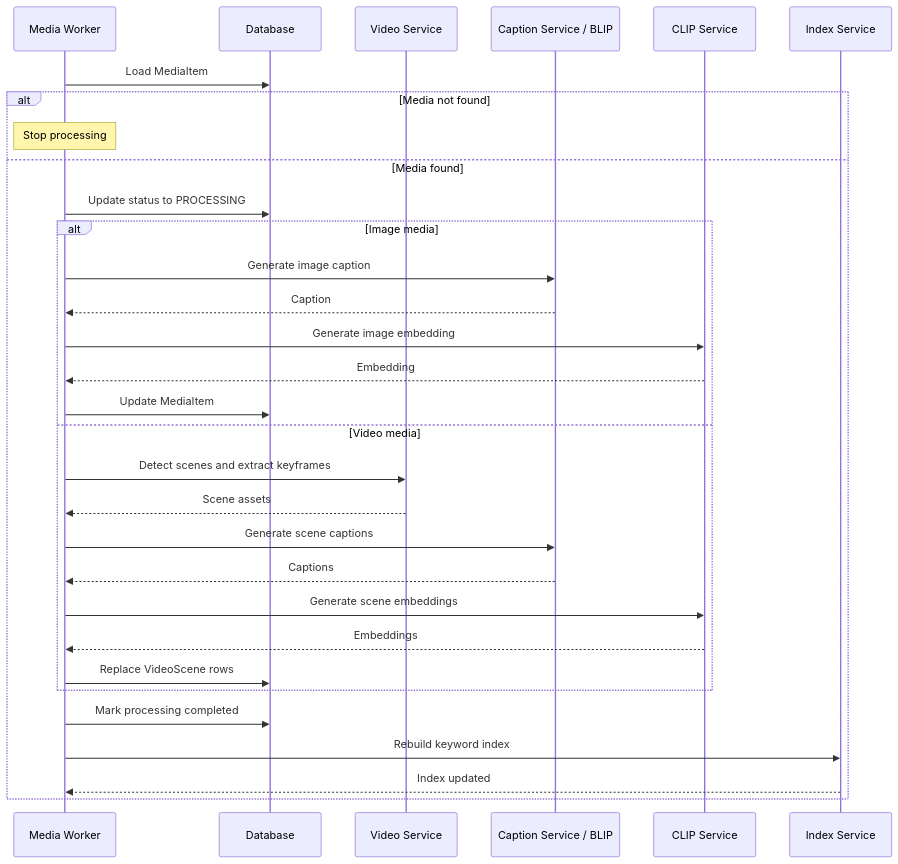
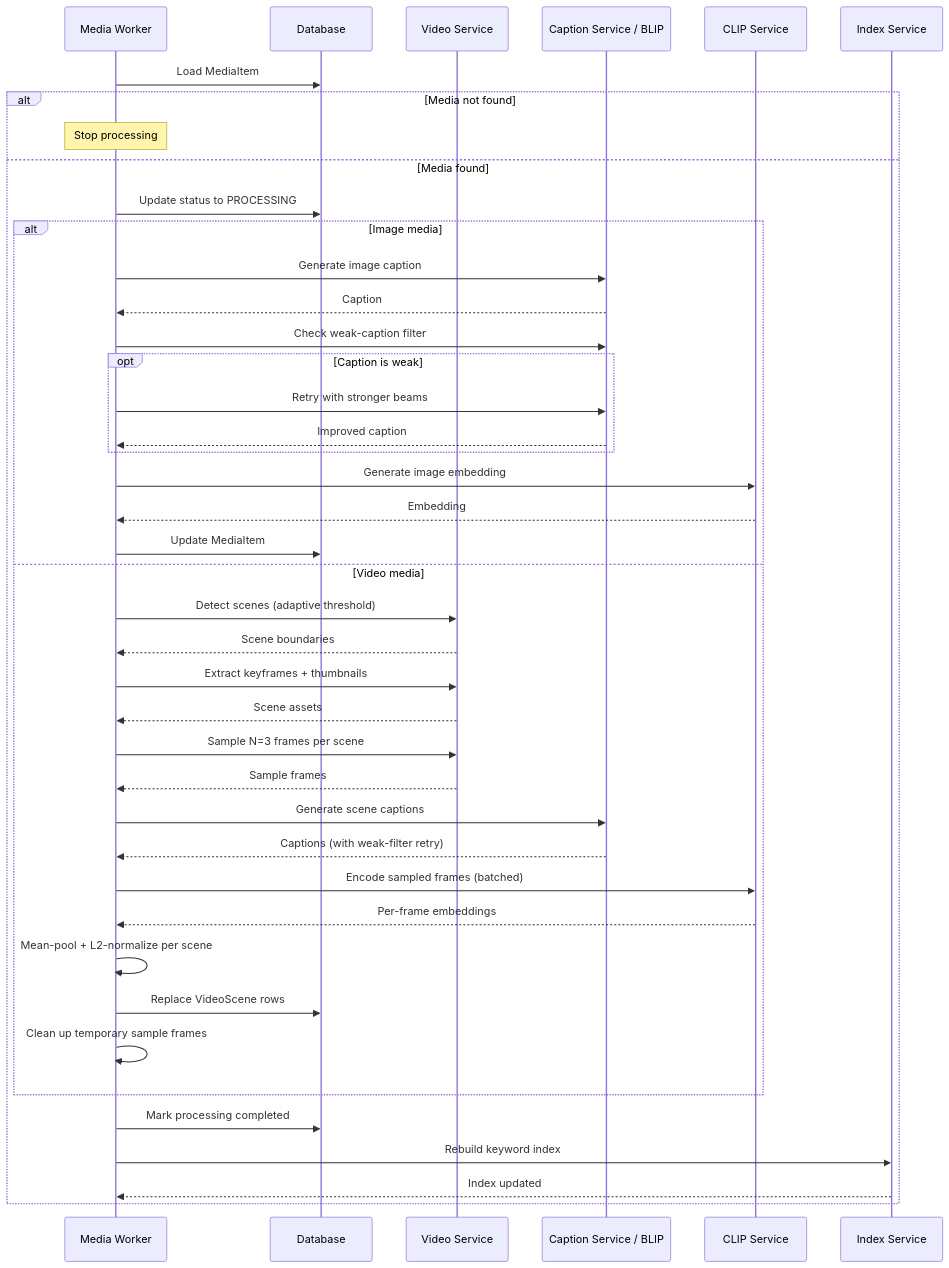
Diagram 11 of 19 in docs/college-reports/semedia-final-project-report-draft.md (pho-veteran/semedia), drawn with Mermaid before and after one commit. The commit also changed other lines of this file and 13 other files, not shown here.

````diff
--- a/docs/college-reports/semedia-final-project-report-draft.md
+++ b/docs/college-reports/semedia-final-project-report-draft.md
@@ -711,34 +759,45 @@
 ```mermaid
 sequenceDiagram
     participant Worker as Media Worker
     participant DB as Database
     participant Video as Video Service
     participant Caption as Caption Service / BLIP
     participant CLIP as CLIP Service
     participant Index as Index Service
 
     Worker->>DB: Load MediaItem
     alt Media not found
         Note over Worker: Stop processing
     else Media found
         Worker->>DB: Update status to PROCESSING
         alt Image media
             Worker->>Caption: Generate image caption
             Caption-->>Worker: Caption
+            Worker->>Caption: Check weak-caption filter
+            opt Caption is weak
+                Worker->>Caption: Retry with stronger beams
+                Caption-->>Worker: Improved caption
+            end
             Worker->>CLIP: Generate image embedding
             CLIP-->>Worker: Embedding
             Worker->>DB: Update MediaItem
         else Video media
-            Worker->>Video: Detect scenes and extract keyframes
+            Worker->>Video: Detect scenes (adaptive threshold)
+            Video-->>Worker: Scene boundaries
+            Worker->>Video: Extract keyframes + thumbnails
             Video-->>Worker: Scene assets
+            Worker->>Video: Sample N=3 frames per scene
+            Video-->>Worker: Sample frames
             Worker->>Caption: Generate scene captions
-            Caption-->>Worker: Captions
-            Worker->>CLIP: Generate scene embeddings
-            CLIP-->>Worker: Embeddings
+            Caption-->>Worker: Captions (with weak-filter retry)
+            Worker->>CLIP: Encode sampled frames (batched)
+            CLIP-->>Worker: Per-frame embeddings
+            Worker->>Worker: Mean-pool + L2-normalize per scene
             Worker->>DB: Replace VideoScene rows
+            Worker->>Worker: Clean up temporary sample frames
         end
         Worker->>DB: Mark processing completed
         Worker->>Index: Rebuild keyword index
         Index-->>Worker: Index updated
     end
 ```
````
